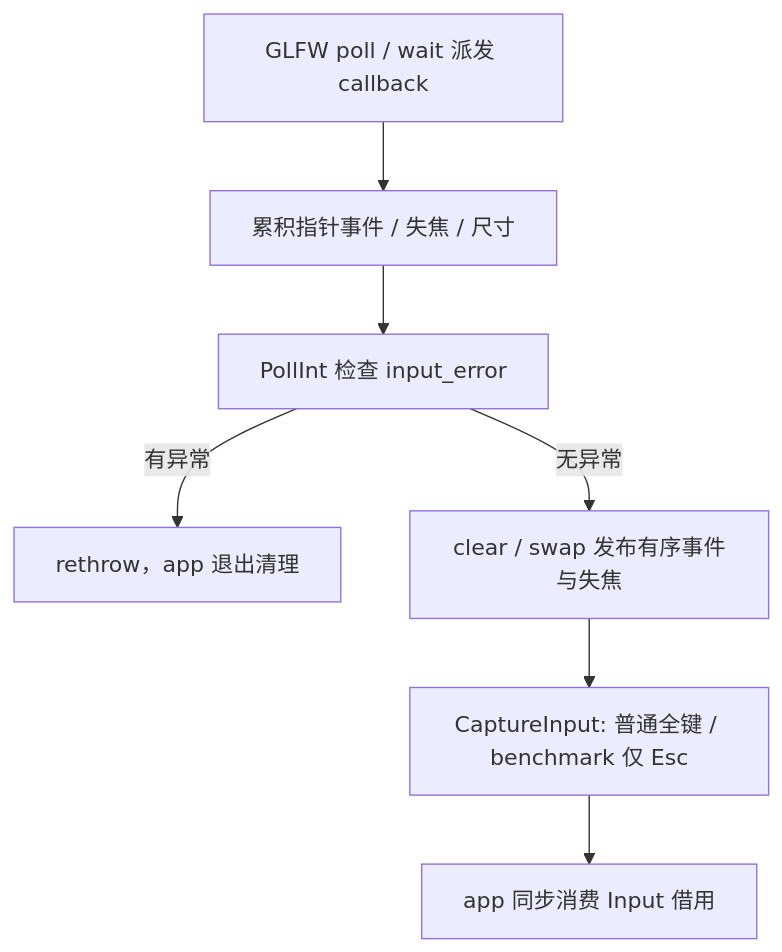
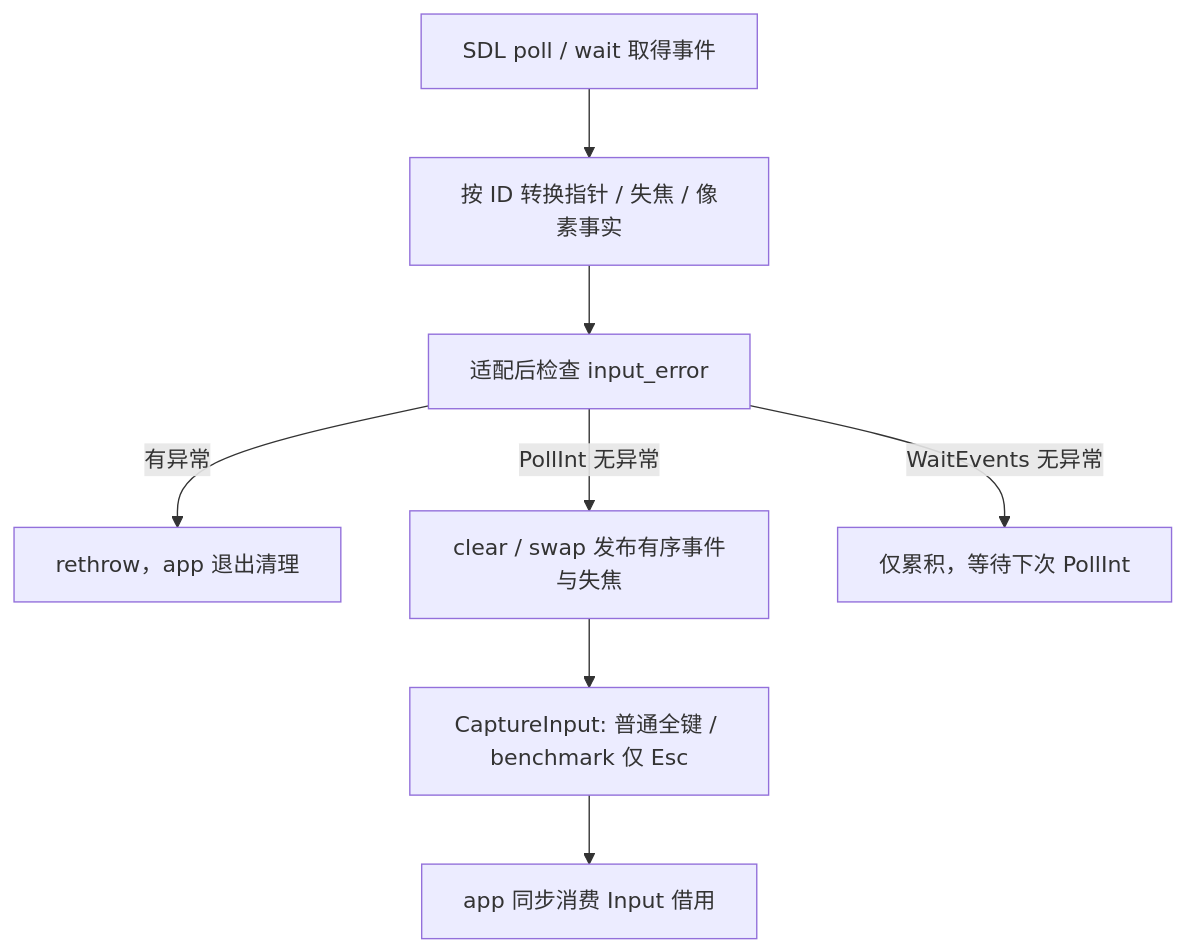
One commit to AmoLim/SymoCraft changed the diagram in docs/project/architecture/platform/Window-类设计.md. Above: the diagram before and after it, drawn with Mermaid. The commit also changed other lines of this file and 169 other files, not shown here.

````diff
--- a/docs/project/architecture/platform/Window-类设计.md
+++ b/docs/project/architecture/platform/Window-类设计.md
@@ -94,9 +96,10 @@
 ```mermaid
 flowchart TD
-    A[GLFW poll / wait 派发 callback] --> B[累积指针事件 / 失焦 / 尺寸]
-    B --> C[PollInt 检查 input_error]
+    A[SDL poll / wait 取得事件] --> B[按 ID 转换指针 / 失焦 / 像素事实]
+    B --> C[适配后检查 input_error]
     C -->|有异常| D[rethrow，app 退出清理]
-    C -->|无异常| E[clear / swap 发布有序事件与失焦]
+    C -->|PollInt 无异常| E[clear / swap 发布有序事件与失焦]
+    C -->|WaitEvents 无异常| H[仅累积，等待下次 PollInt]
     E --> F[CaptureInput: 普通全键 / benchmark 仅 Esc]
     F --> G[app 同步消费 Input 借用]
 ```
````
